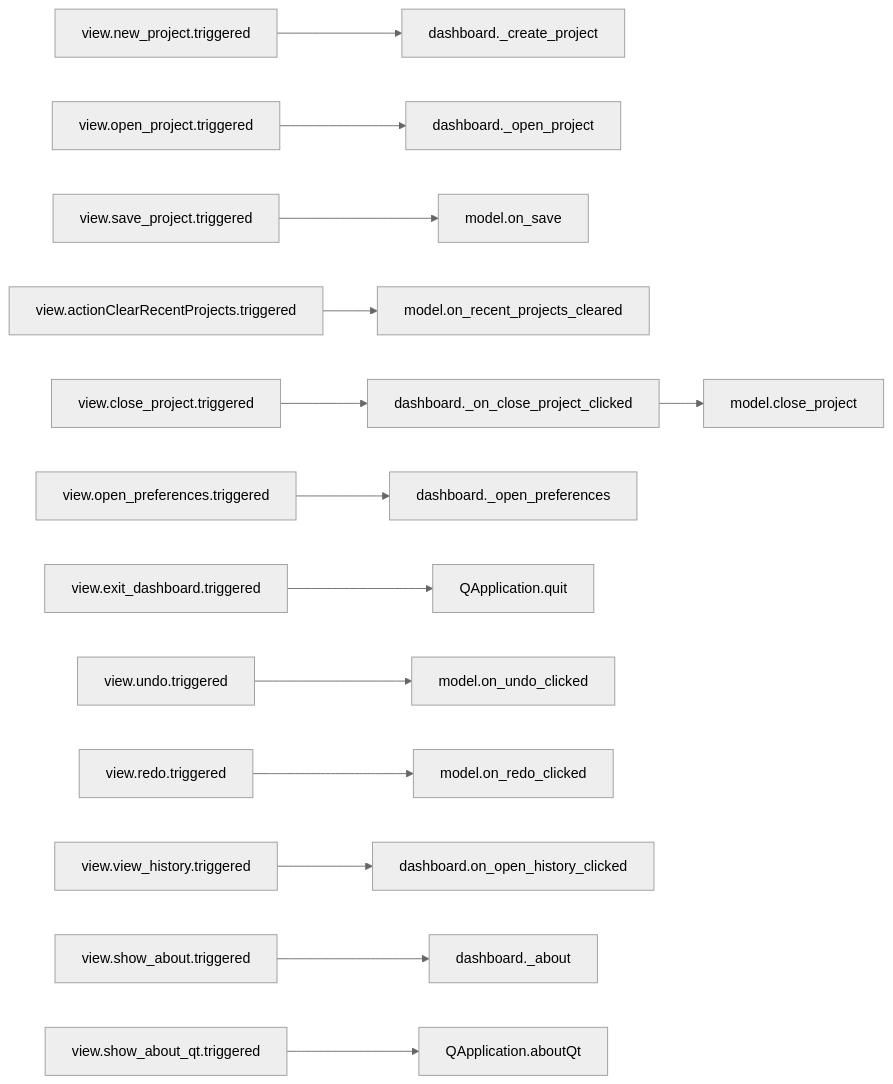
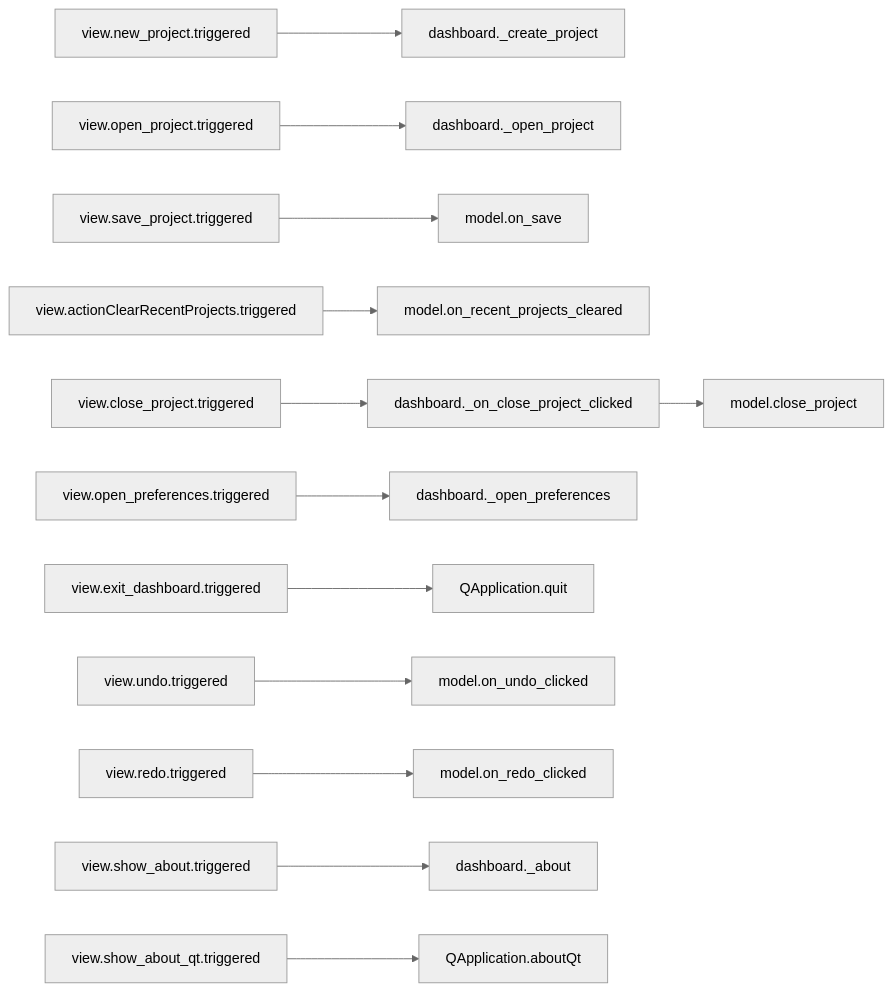
One commit to com-posers-pit/smw_music changed the second of 10 diagrams in doc/source/dashboard_signal_slot_map.rst. Above: the diagram before and after it, drawn with Mermaid (neutral theme). The commit also changed other lines of this file and 4 other files, not shown here.

```diff
--- a/doc/source/dashboard_signal_slot_map.rst
+++ b/doc/source/dashboard_signal_slot_map.rst
@@ -41,15 +41,14 @@
 .. mermaid::
 
    flowchart LR
       view.new_project.triggered --> dashboard._create_project
       view.open_project.triggered --> dashboard._open_project
       view.save_project.triggered --> model.on_save
       view.actionClearRecentProjects.triggered --> model.on_recent_projects_cleared
       view.close_project.triggered --> dashboard._on_close_project_clicked --> model.close_project
       view.open_preferences.triggered --> dashboard._open_preferences
       view.exit_dashboard.triggered --> QApplication.quit
       view.undo.triggered --> model.on_undo_clicked
       view.redo.triggered --> model.on_redo_clicked
-      view.view_history.triggered --> dashboard.on_open_history_clicked
       view.show_about.triggered --> dashboard._about
       view.show_about_qt.triggered --> QApplication.aboutQt
```
